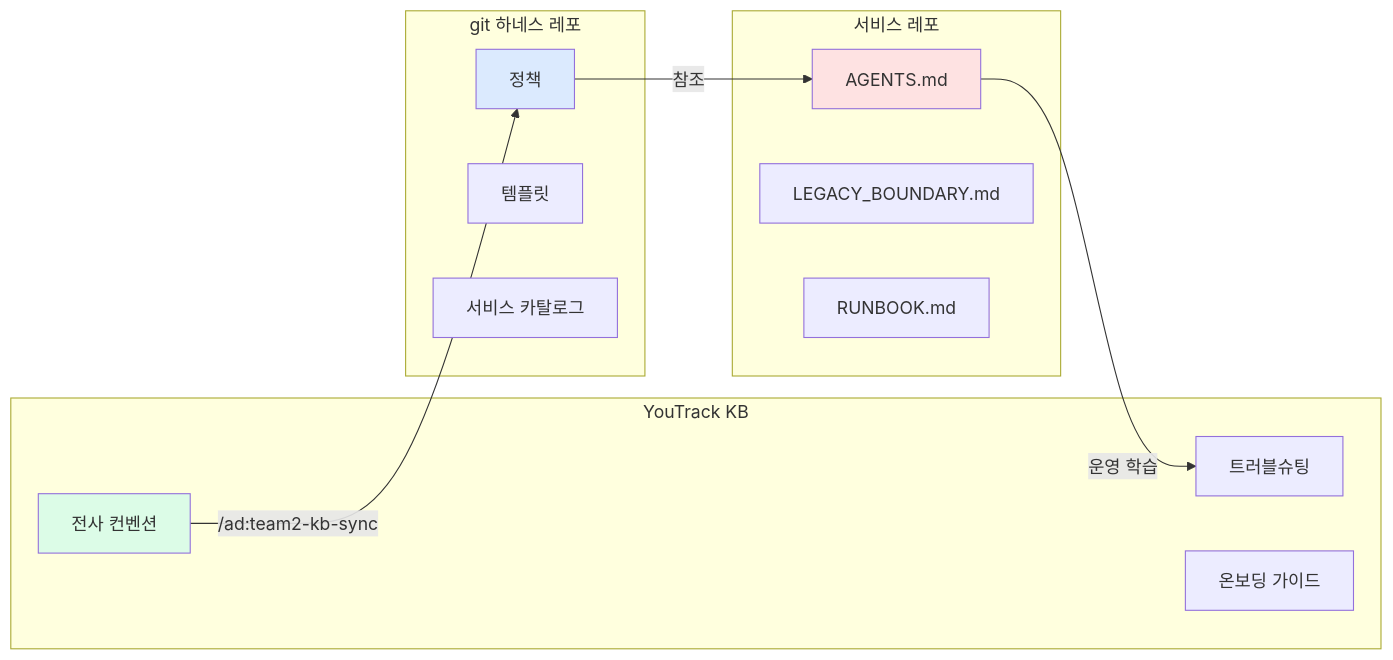
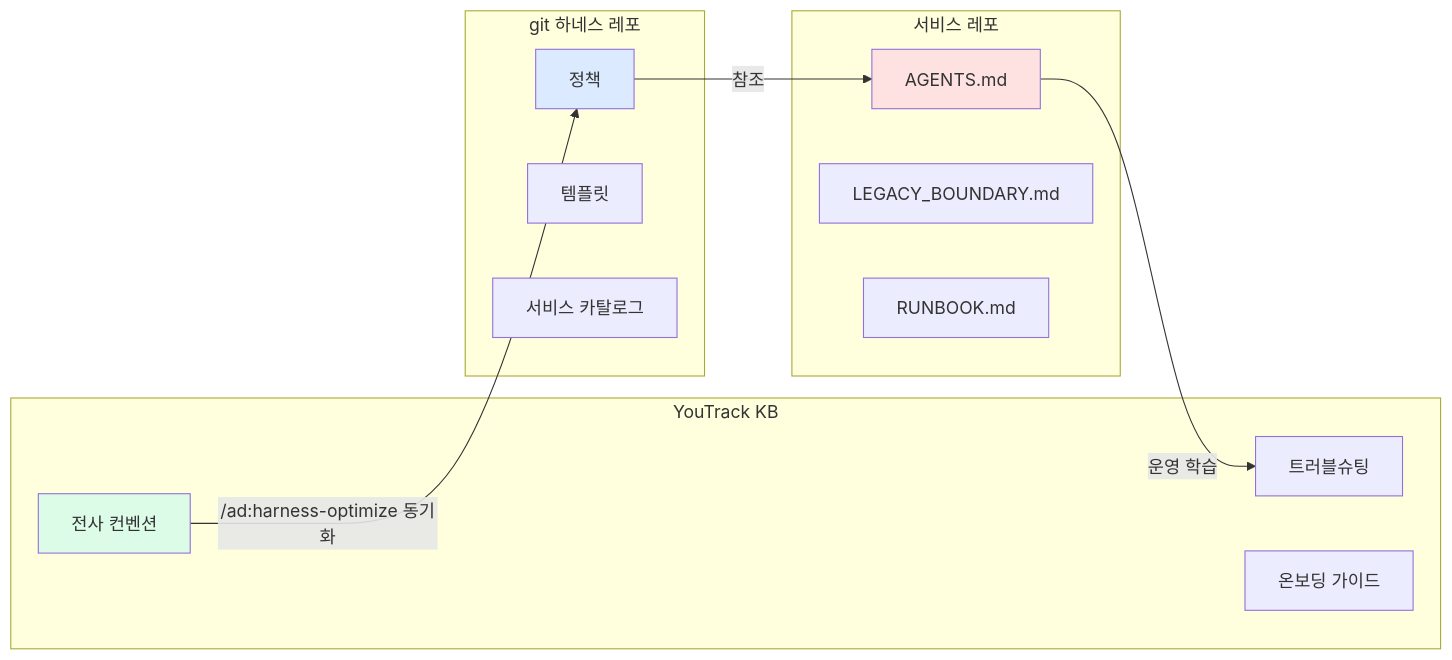
The fifth of 8 diagrams in docs/team-harness-design.md (jmkim-aladin/team2-harness), drawn with Mermaid before and after one commit. The commit also changed other lines of this file and 77 other files, not shown here.

````diff
--- a/docs/team-harness-design.md
+++ b/docs/team-harness-design.md
@@ -259,26 +257,26 @@
 ```mermaid
 flowchart LR
     subgraph "git 하네스 레포"
         H1[정책]
         H2[템플릿]
         H3[서비스 카탈로그]
     end
     subgraph "YouTrack KB"
         K1[전사 컨벤션]
         K2[트러블슈팅]
         K3[온보딩 가이드]
     end
     subgraph "서비스 레포"
         S1[AGENTS.md]
         S2[LEGACY_BOUNDARY.md]
         S3[RUNBOOK.md]
     end
 
-    K1 -->|"/ad:team2-kb-sync"| H1
+    K1 -->|"/ad:harness-optimize 동기화"| H1
     H1 -->|참조| S1
     S1 -->|운영 학습| K2
 
     style H1 fill:#dbeafe
     style K1 fill:#dcfce7
     style S1 fill:#fee2e2
 ```
````
